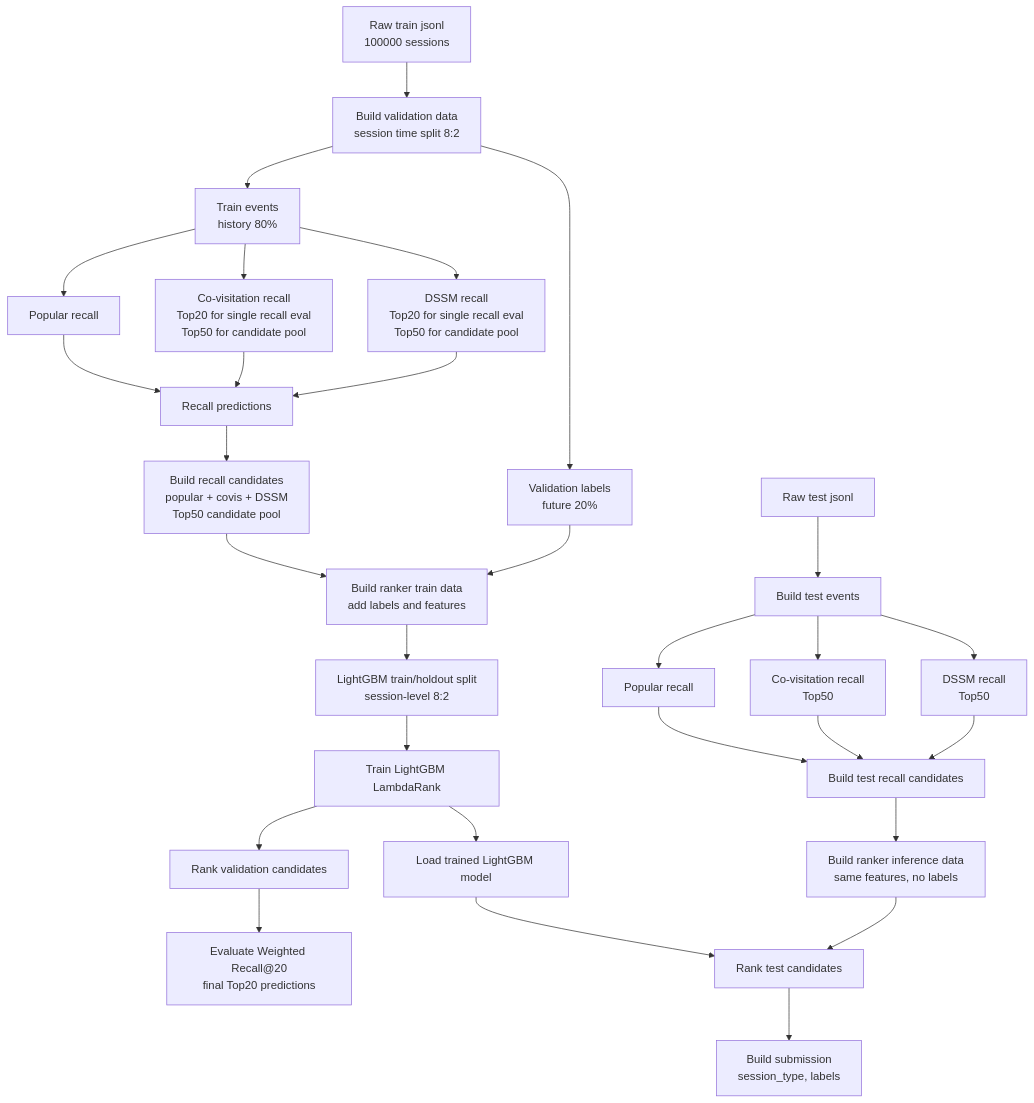
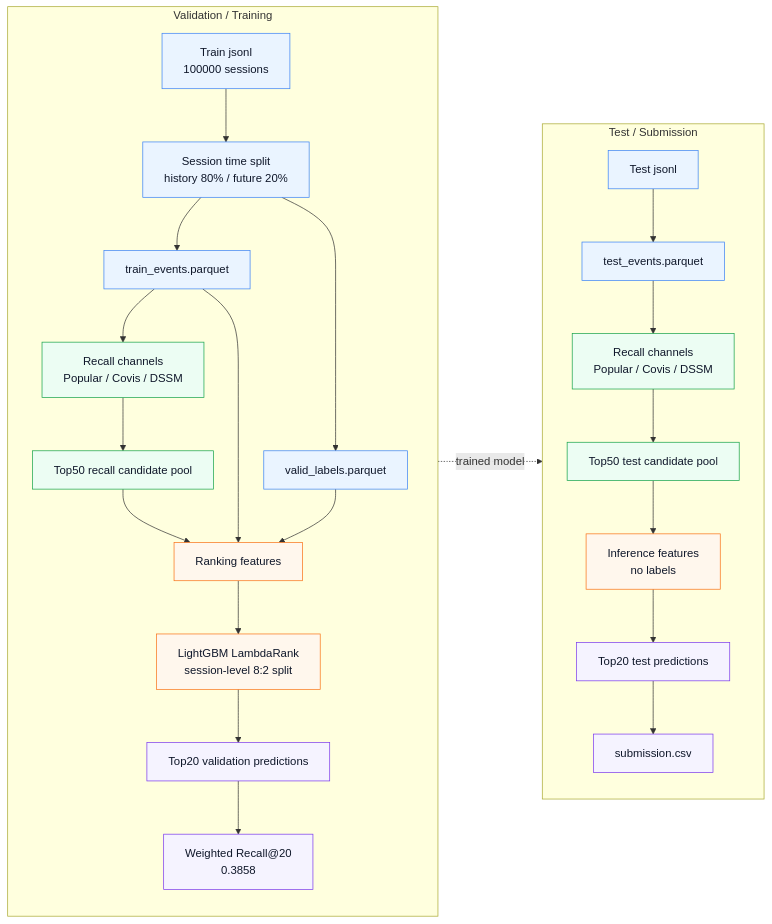
One commit to wbn11/otto-recommender-system changed the diagram in README.md. Above: the diagram before and after it, drawn with Mermaid. The commit also changed other lines of this file and 1 other file, not shown here.

Commit message:
docs: improve project diagrams

````diff
--- a/README.md
+++ b/README.md
@@ -64,38 +71,38 @@
 ```mermaid
-flowchart TD
-    A["Raw train jsonl<br/>100000 sessions"] --> B["Build validation data<br/>session time split 8:2"]
-    B --> C["Train events<br/>history 80%"]
-    B --> D["Validation labels<br/>future 20%"]
+flowchart LR
+    subgraph V["Validation / Training"]
+        direction TB
+        A["Train jsonl<br/>100000 sessions"] --> B["Session time split<br/>history 80% / future 20%"]
+        B --> C["train_events.parquet"]
+        B --> D["valid_labels.parquet"]
+        C --> E["Recall channels<br/>Popular / Covis / DSSM"]
+        E --> F["Top50 recall candidate pool"]
+        C --> G["Ranking features"]
+        D --> G
+        F --> G
+        G --> H["LightGBM LambdaRank<br/>session-level 8:2 split"]
+        H --> I["Top20 validation predictions"]
+        I --> J["Weighted Recall@20<br/>0.3858"]
+    end
 
-    C --> E1["Popular recall"]
-    C --> E2["Co-visitation recall<br/>Top20 for single recall eval<br/>Top50 for candidate pool"]
-    C --> E3["DSSM recall<br/>Top20 for single recall eval<br/>Top50 for candidate pool"]
+    subgraph T["Test / Submission"]
+        direction TB
+        K["Test jsonl"] --> L["test_events.parquet"]
+        L --> M["Recall channels<br/>Popular / Covis / DSSM"]
+        M --> N["Top50 test candidate pool"]
+        N --> O["Inference features<br/>no labels"]
+        H -.->|trained model| O
+        O --> P["Top20 test predictions"]
+        P --> Q["submission.csv"]
+    end
 
-    E1 --> F["Recall predictions"]
-    E2 --> F
-    E3 --> F
+    classDef data fill:#eaf4ff,stroke:#3b82f6,color:#0f172a;
+    classDef recall fill:#ecfdf3,stroke:#16a34a,color:#0f172a;
+    classDef rank fill:#fff7ed,stroke:#f97316,color:#0f172a;
+    classDef output fill:#f5f3ff,stroke:#7c3aed,color:#0f172a;
 
-    F --> G["Build recall candidates<br/>popular + covis + DSSM<br/>Top50 candidate pool"]
-    D --> H["Build ranker train data<br/>add labels and features"]
-    G --> H
-
-    H --> I["LightGBM train/holdout split<br/>session-level 8:2"]
-    I --> J["Train LightGBM LambdaRank"]
-    J --> K["Rank validation candidates"]
-    K --> L["Evaluate Weighted Recall@20<br/>final Top20 predictions"]
-
-    M["Raw test jsonl"] --> N["Build test events"]
-    N --> O1["Popular recall"]
-    N --> O2["Co-visitation recall<br/>Top50"]
-    N --> O3["DSSM recall<br/>Top50"]
-
-    O1 --> P["Build test recall candidates"]
-    O2 --> P
-    O3 --> P
-
-    P --> Q["Build ranker inference data<br/>same features, no labels"]
-    J --> R["Load trained LightGBM model"]
-    Q --> S["Rank test candidates"]
-    R --> S
-    S --> T["Build submission<br/>session_type, labels"]
+    class A,B,C,D,K,L data;
+    class E,F,M,N recall;
+    class G,H,O rank;
+    class I,J,P,Q output;
 ```
````
